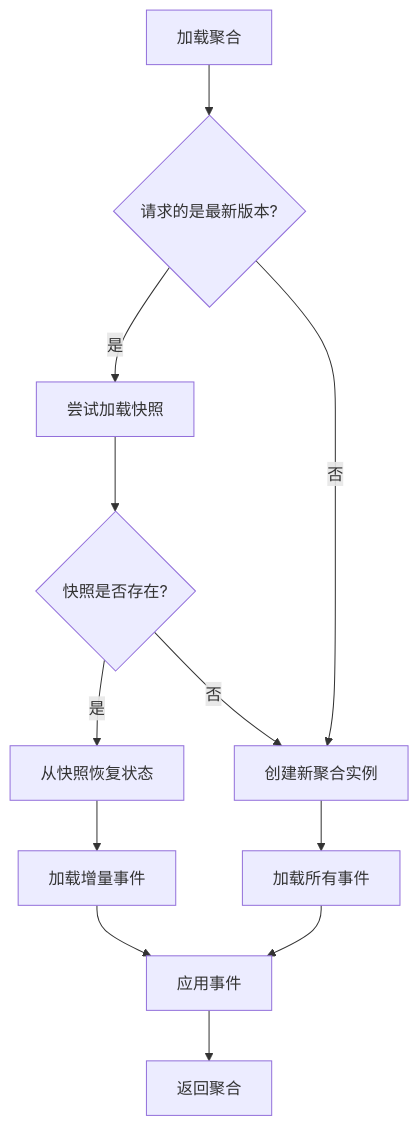
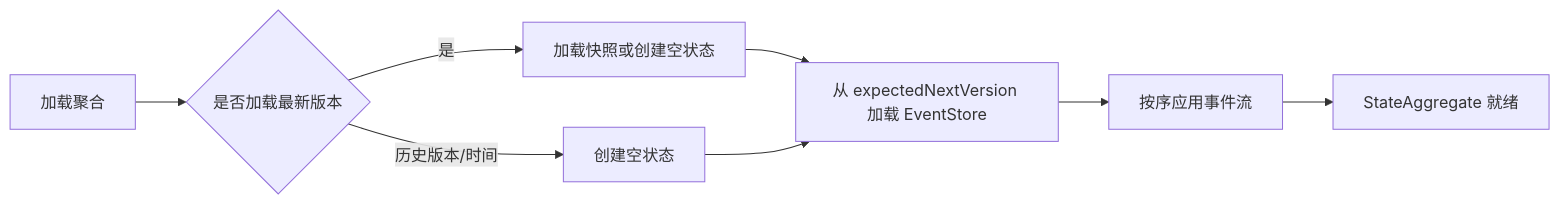
One commit to Ahoo-Wang/Wow changed the first of 2 diagrams in documentation/docs/zh/guide/eventstore.md. Above: the diagram before and after it, drawn with Mermaid. The commit also changed other lines of this file and 166 other files, not shown here.

````diff
--- a/documentation/docs/zh/guide/eventstore.md
+++ b/documentation/docs/zh/guide/eventstore.md
@@ -89,14 +84,10 @@
 ```mermaid
-flowchart TD
-    A[加载聚合] --> B{请求的是最新版本?}
-    B -->|是| C[尝试加载快照]
-    B -->|否| D[创建新聚合实例]
-    C --> E{快照是否存在?}
-    E -->|是| F[从快照恢复状态]
-    E -->|否| D
-    F --> G[加载增量事件]
-    D --> H[加载所有事件]
-    G --> I[应用事件]
-    H --> I
-    I --> J[返回聚合]
+flowchart LR
+    Load[加载聚合] --> Snapshot{是否加载最新版本}
+    Snapshot -->|是| Checkpoint[加载快照或创建空状态]
+    Snapshot -->|历史版本/时间| Empty[创建空状态]
+    Checkpoint --> History[从 expectedNextVersion 加载 EventStore]
+    Empty --> History
+    History --> Replay[按序应用事件流]
+    Replay --> Ready[StateAggregate 就绪]
 ```
````
